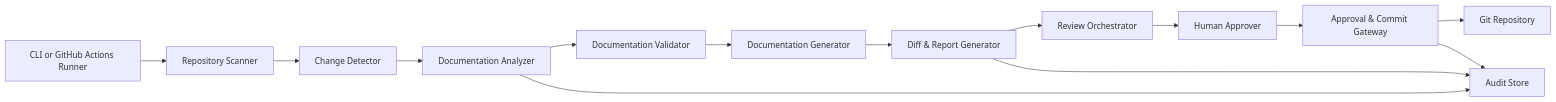
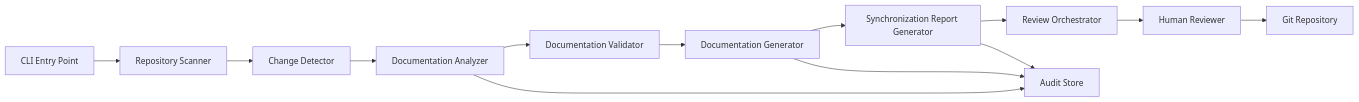
Before and after one commit to snow-gift111/automated-documentation-sync: the diagram in architecture.md, drawn with Mermaid. The commit also changed other lines of this file, not shown here.

Commit message:
docs(architecture): finalize automated documentation sync architecture

````diff
--- a/architecture.md
+++ b/architecture.md
@@ -196,16 +11,15 @@
 ```mermaid
 flowchart LR
-    A[CLI or GitHub Actions Runner] --> B[Repository Scanner]
+    A[CLI Entry Point] --> B[Repository Scanner]
     B --> C[Change Detector]
     C --> D[Documentation Analyzer]
     D --> E[Documentation Validator]
     E --> F[Documentation Generator]
-    F --> G[Diff & Report Generator]
+    F --> G[Synchronization Report Generator]
     G --> H[Review Orchestrator]
-    H --> I[Human Approver]
-    I --> J[Approval & Commit Gateway]
-    J --> K[Git Repository]
-    J --> L[Audit Store]
-    G --> L
-    D --> L
+    H --> I[Human Reviewer]
+    I --> J[Git Repository]
+    G --> K[Audit Store]
+    D --> K
+    F --> K
 ```
````
